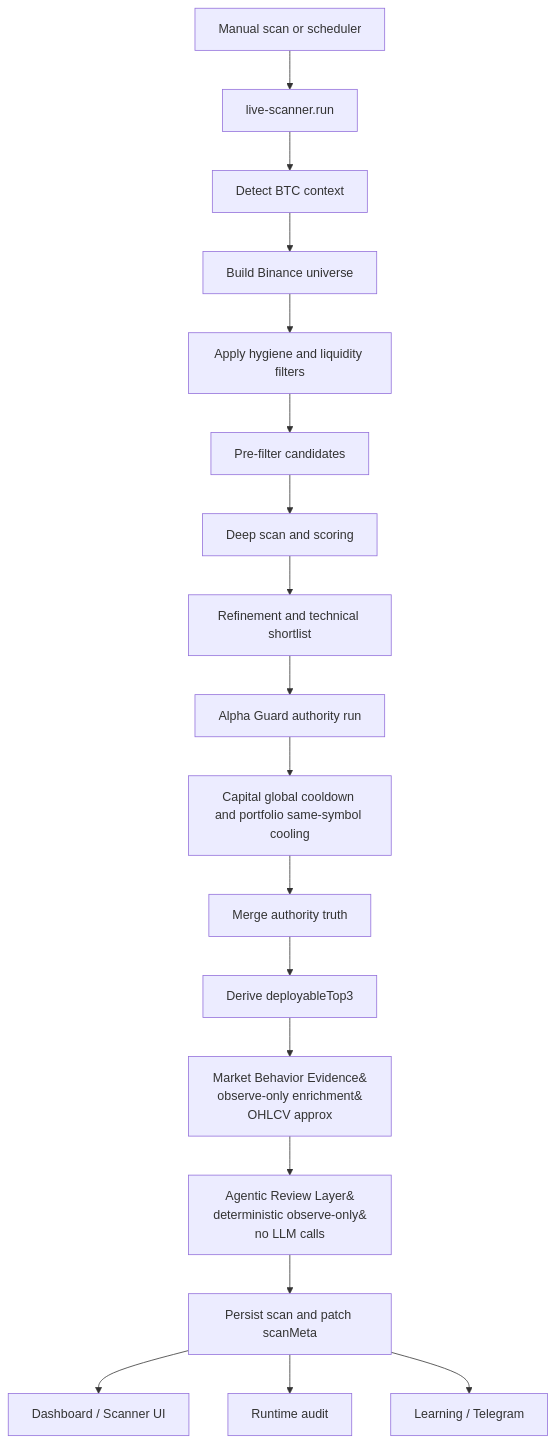
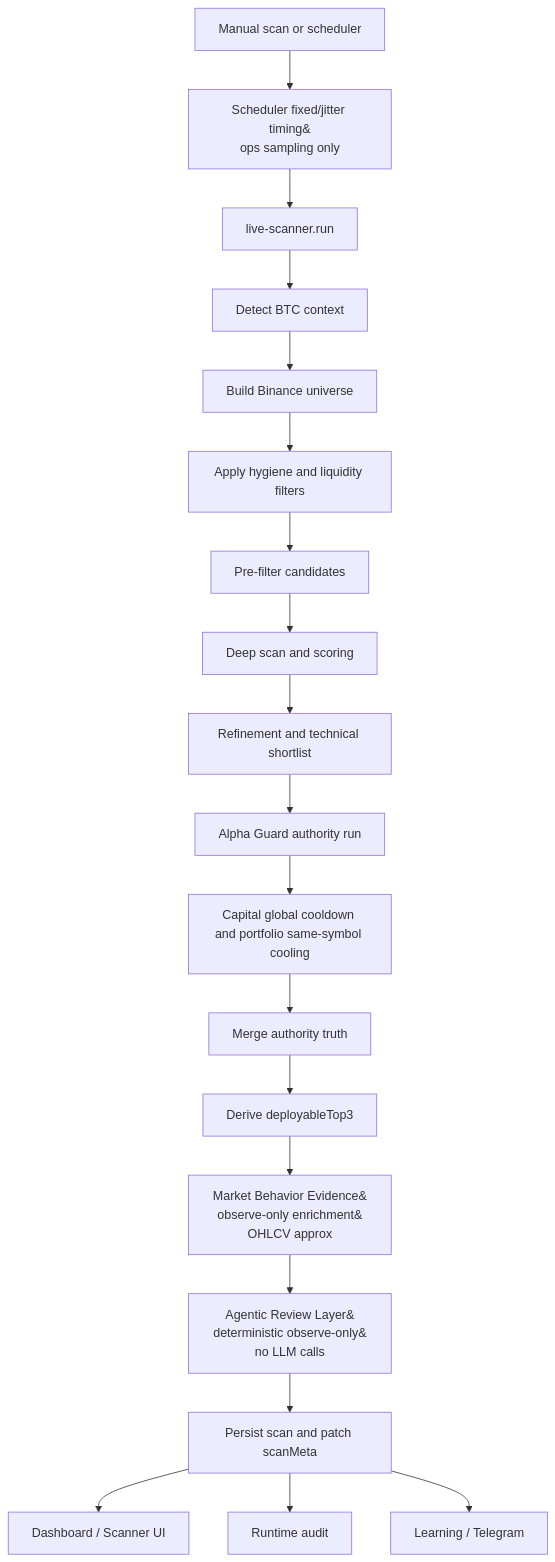
Before and after one commit to davidlukyvo/SystemTrader_Hybrid: the second of 4 diagrams in docs/system-map.md, drawn with Mermaid. The commit also changed other lines of this file and 9 other files, not shown here.

Commit message:
Add scheduler jitter mode

````diff
--- a/docs/system-map.md
+++ b/docs/system-map.md
@@ -41,20 +41,21 @@
 ```mermaid
 flowchart TD
-    A[Manual scan or scheduler] --> B[live-scanner.run]
+    A[Manual scan or scheduler] --> SJ["Scheduler fixed/jitter timing&#10;ops sampling only"]
+    SJ --> B[live-scanner.run]
     B --> C[Detect BTC context]
     C --> D[Build Binance universe]
     D --> E[Apply hygiene and liquidity filters]
     E --> F[Pre-filter candidates]
     F --> G[Deep scan and scoring]
     G --> H[Refinement and technical shortlist]
     H --> I[Alpha Guard authority run]
     I --> J[Capital global cooldown and portfolio same-symbol cooling]
     J --> K[Merge authority truth]
     K --> L[Derive deployableTop3]
     L --> MBE["Market Behavior Evidence&#10;observe-only enrichment&#10;OHLCV approx"]
     MBE --> AR["Agentic Review Layer&#10;deterministic observe-only&#10;no LLM calls"]
     AR --> M[Persist scan and patch scanMeta]
     M --> N[Dashboard / Scanner UI]
     M --> O[Runtime audit]
     M --> P[Learning / Telegram]
 ```
````
